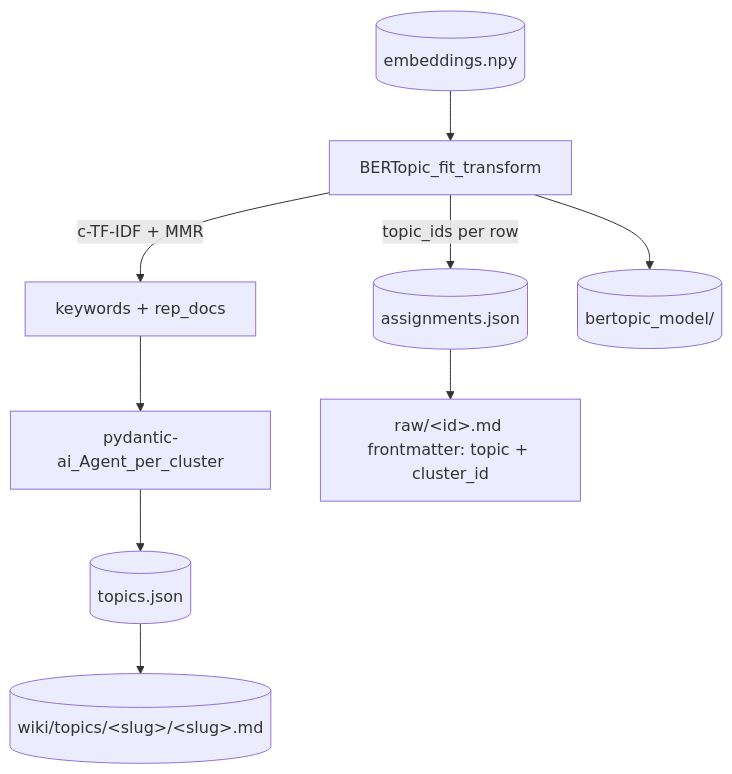
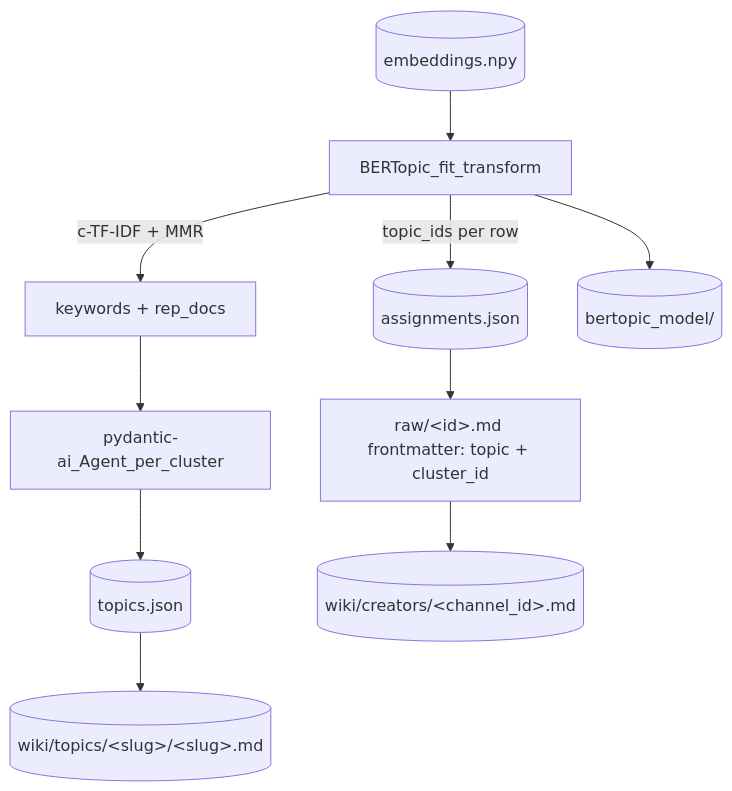
The diagram in lat.md/clusters.md (lars20070/youtubebrain), drawn with Mermaid before and after one commit. The commit also changed other lines of this file and 3 other files, not shown here.

Commit message:
Add wiki creators functionality to generate markdown stubs for YouTube channels

````diff
--- a/lat.md/clusters.md
+++ b/lat.md/clusters.md
@@ -11,11 +11,12 @@
 ```mermaid
 flowchart TD
     Emb[(embeddings.npy)] --> Fit[BERTopic_fit_transform]
     Fit -->|topic_ids per row| Assign[(assignments.json)]
     Fit -->|c-TF-IDF + MMR| Reps[keywords + rep_docs]
     Reps --> Agent[pydantic-ai_Agent_per_cluster]
     Agent --> Topics[(topics.json)]
     Fit --> Model[(bertopic_model/)]
     Topics --> Wiki[(wiki/topics/&lt;slug&gt;/&lt;slug&gt;.md)]
     Assign --> RawFM[raw/&lt;id&gt;.md frontmatter: topic + cluster_id]
+    RawFM --> Creators[(wiki/creators/&lt;channel_id&gt;.md)]
 ```
````
